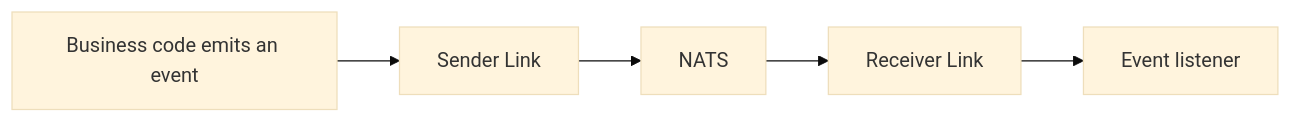
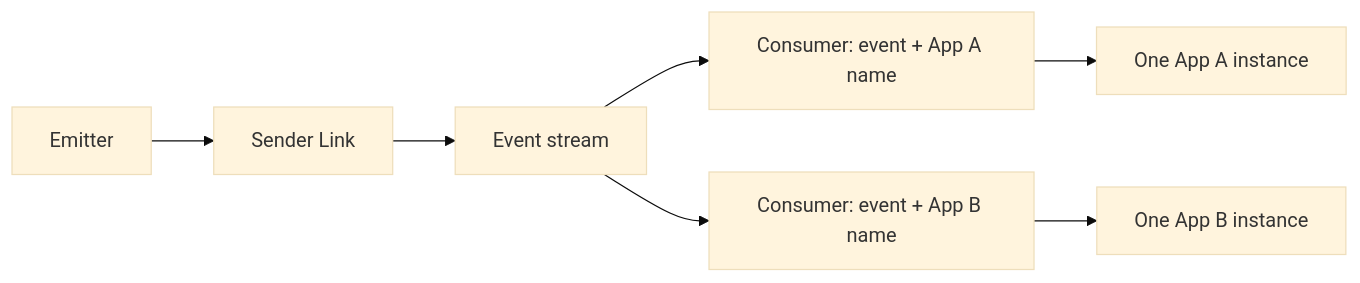
The first of 2 diagrams in docs/framework/event-task.md (yorun-ai/vine-site), drawn with Mermaid (base theme) before and after one commit. The commit also changed other lines of this file and 95 other files, not shown here.

````diff
--- a/docs/framework/event-task.md
+++ b/docs/framework/event-task.md
@@ -60,4 +126,6 @@
 ```mermaid
 flowchart LR
-  Emitter["Business code emits an event"] --> LinkA["Sender Link"] --> NATS["NATS"] --> LinkB["Receiver Link"] --> Listener["Event listener"]
+  Sender["Emitter"] --> SenderLink["Sender Link"] --> Stream["Event stream"]
+  Stream --> GroupA["Consumer: event + App A name"] --> A["One App A instance"]
+  Stream --> GroupB["Consumer: event + App B name"] --> B["One App B instance"]
 ```
````
